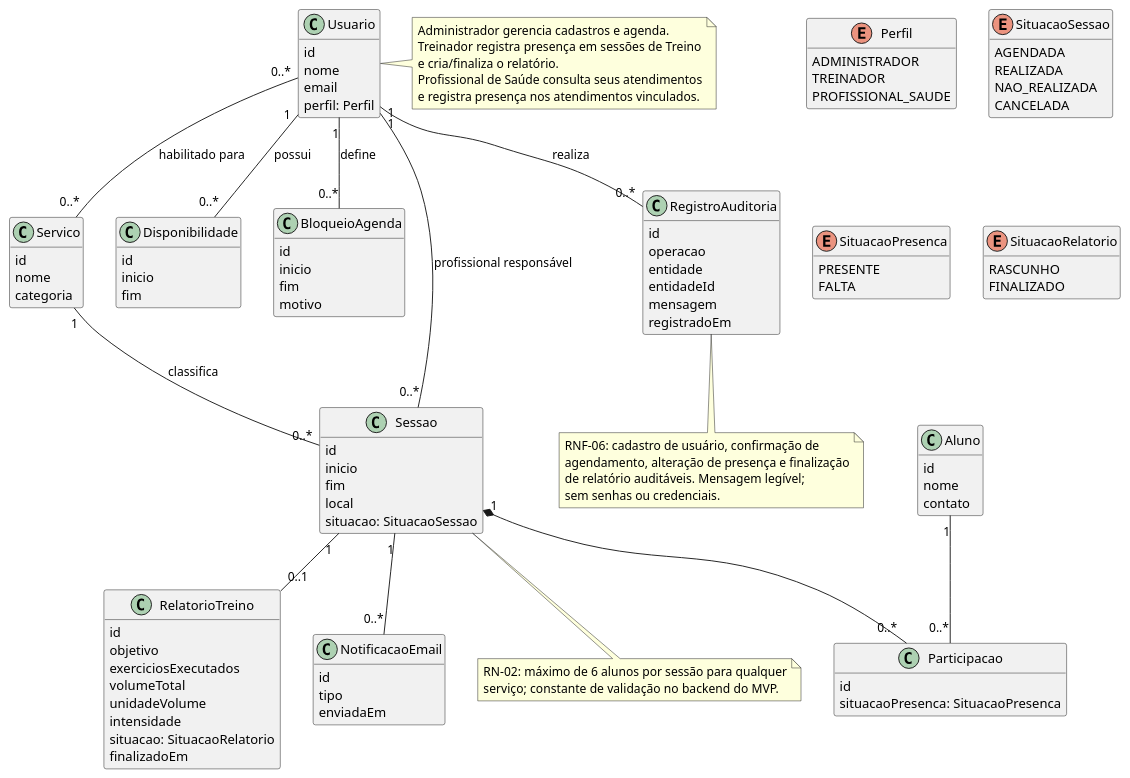
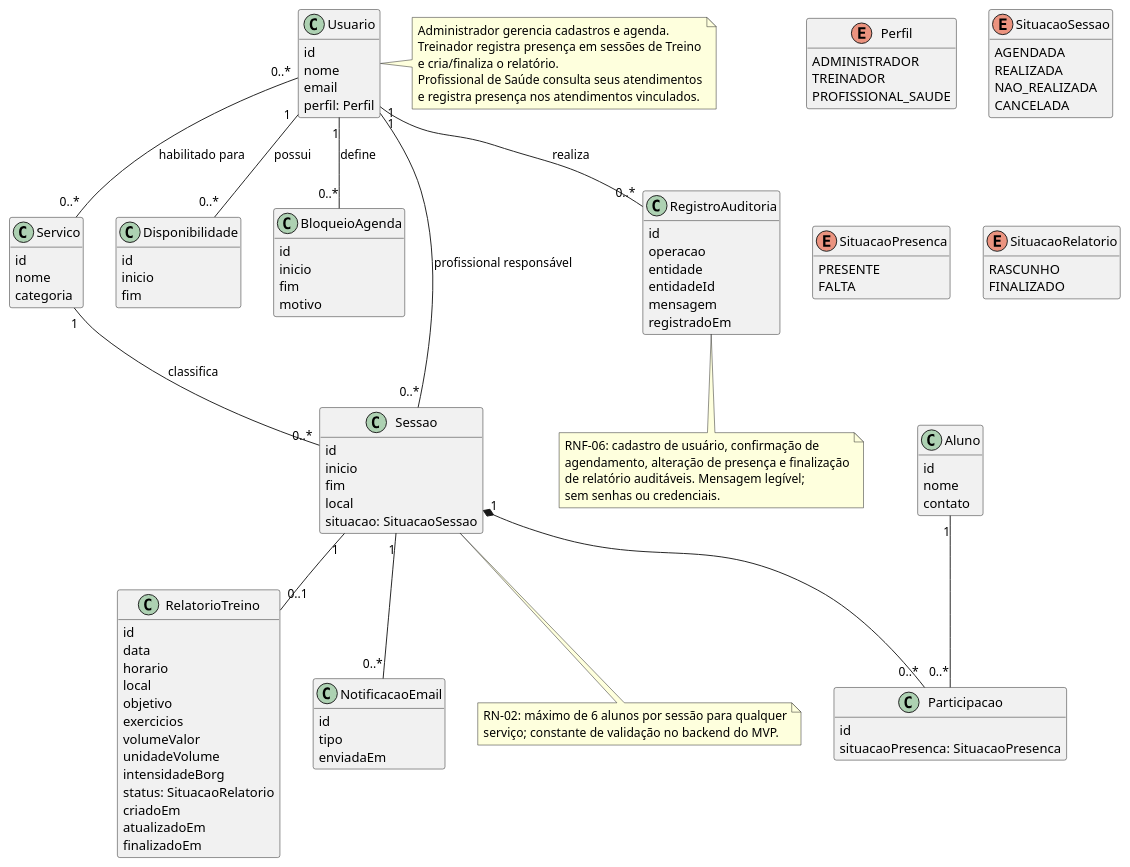
Before and after one commit to Projetos-de-Extensao/PECDII_26.2_8001_I: the diagram in docs/Elaboracao/diagrama_de_classes.md, drawn with PlantUML. The commit also changed other lines of this file and 86 other files, not shown here.

```diff
--- a/docs/Elaboracao/diagrama_de_classes.md
+++ b/docs/Elaboracao/diagrama_de_classes.md
@@ -73,12 +73,17 @@
 }
 class RelatorioTreino {
   id
+  data
+  horario
+  local
   objetivo
-  exerciciosExecutados
-  volumeTotal
+  exercicios
+  volumeValor
   unidadeVolume
-  intensidade
-  situacao: SituacaoRelatorio
+  intensidadeBorg
+  status: SituacaoRelatorio
+  criadoEm
+  atualizadoEm
   finalizadoEm
 }
 class NotificacaoEmail {
```
